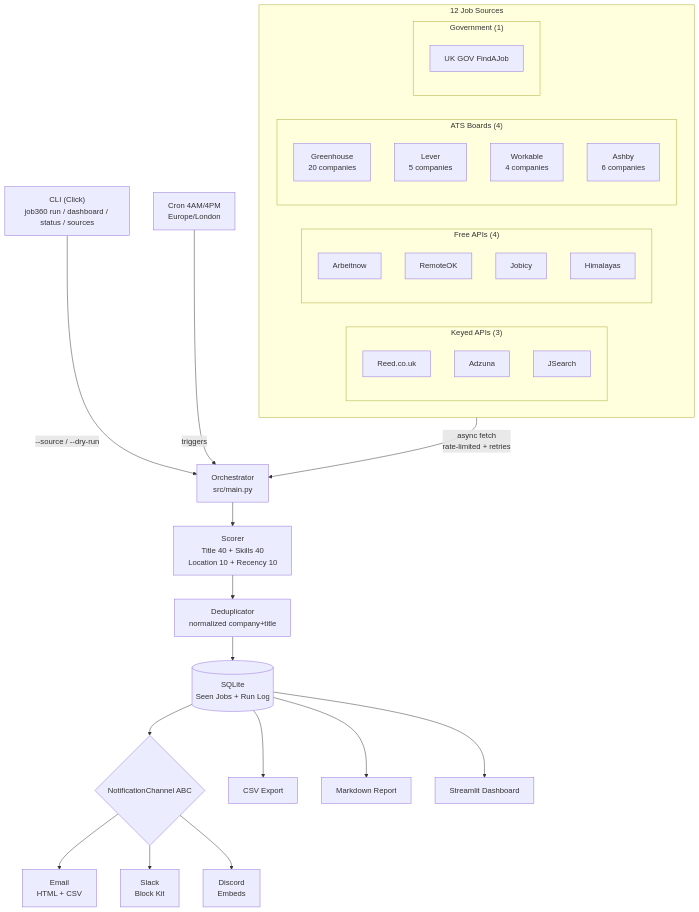
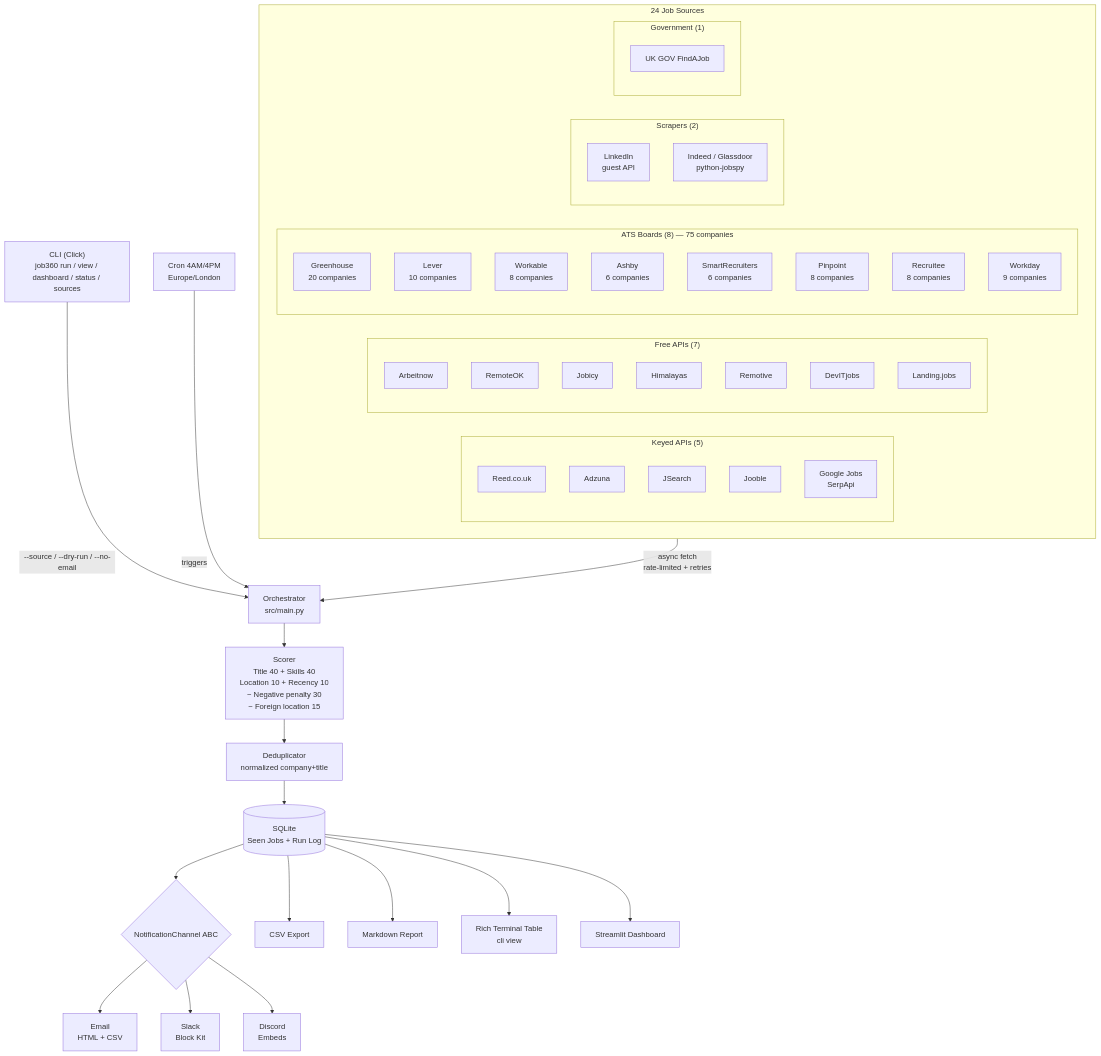
One commit to Ranjith36963/job360 changed the diagram in README.md. Above: the diagram before and after it, drawn with Mermaid. The commit also changed other lines of this file, not shown here.

First line of the commit message:
Update README to reflect 24-source codebase with all Phase 3-5 features

````diff
--- a/README.md
+++ b/README.md
@@ -7,45 +7,59 @@
 ```mermaid
 flowchart TD
-    CLI["CLI (Click)\njob360 run / dashboard / status / sources"]
+    CLI["CLI (Click)\njob360 run / view / dashboard / status / sources"]
     Cron["Cron 4AM/4PM\nEurope/London"]
 
-    subgraph Sources["12 Job Sources"]
+    subgraph Sources["24 Job Sources"]
         direction LR
-        subgraph Keyed["Keyed APIs (3)"]
+        subgraph Keyed["Keyed APIs (5)"]
             A1[Reed.co.uk]
             A2[Adzuna]
             A3[JSearch]
+            A4[Jooble]
+            A5[Google Jobs\nSerpApi]
         end
-        subgraph Free["Free APIs (4)"]
+        subgraph Free["Free APIs (7)"]
             B1[Arbeitnow]
             B2[RemoteOK]
             B3[Jobicy]
             B4[Himalayas]
+            B5[Remotive]
+            B6[DevITjobs]
+            B7[Landing.jobs]
         end
-        subgraph ATS["ATS Boards (4)"]
+        subgraph ATS["ATS Boards (8) — 75 companies"]
             C1[Greenhouse\n20 companies]
-            C2[Lever\n5 companies]
-            C3[Workable\n4 companies]
+            C2[Lever\n10 companies]
+            C3[Workable\n8 companies]
             C4[Ashby\n6 companies]
+            C5[SmartRecruiters\n6 companies]
+            C6[Pinpoint\n8 companies]
+            C7[Recruitee\n8 companies]
+            C8[Workday\n9 companies]
+        end
+        subgraph Scrapers["Scrapers (2)"]
+            E1[LinkedIn\nguest API]
+            E2[Indeed / Glassdoor\npython-jobspy]
         end
         subgraph Gov["Government (1)"]
             D1[UK GOV FindAJob]
         end
     end
 
-    CLI -->|"--source / --dry-run"| Orchestrator["Orchestrator\nsrc/main.py"]
+    CLI -->|"--source / --dry-run / --no-email"| Orchestrator["Orchestrator\nsrc/main.py"]
     Cron -->|triggers| Orchestrator
     Sources -->|async fetch\nrate-limited + retries| Orchestrator
-    Orchestrator --> Scorer["Scorer\nTitle 40 + Skills 40\nLocation 10 + Recency 10"]
+    Orchestrator --> Scorer["Scorer\nTitle 40 + Skills 40\nLocation 10 + Recency 10\n− Negative penalty 30\n− Foreign location 15"]
     Scorer --> Dedup[Deduplicator\nnormalized company+title]
     Dedup --> DB[(SQLite\nSeen Jobs + Run Log)]
 
     DB --> Channels{NotificationChannel ABC}
     Channels --> Email[Email\nHTML + CSV]
     Channels --> Slack[Slack\nBlock Kit]
     Channels --> Discord[Discord\nEmbeds]
 
     DB --> CSV[CSV Export]
     DB --> Report[Markdown Report]
+    DB --> RichTable[Rich Terminal Table\ncli view]
     DB --> Dashboard[Streamlit Dashboard]
 ```
````
